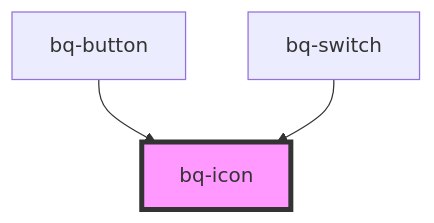
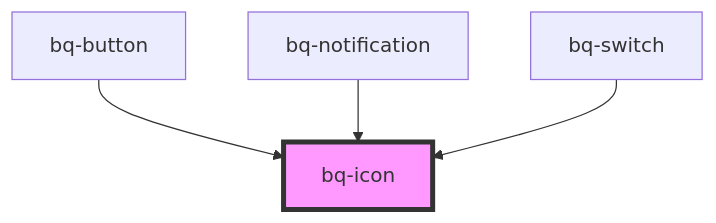
Before and after one commit to Endava/BEEQ: the diagram in packages/bee-q/src/components/icon/readme.md, drawn with Mermaid. The commit also changed other lines of this file and 4 other files, not shown here.

````diff
--- a/packages/bee-q/src/components/icon/readme.md
+++ b/packages/bee-q/src/components/icon/readme.md
@@ -43,6 +44,7 @@
 ```mermaid
 graph TD;
   bq-button --> bq-icon
+  bq-notification --> bq-icon
   bq-switch --> bq-icon
   style bq-icon fill:#f9f,stroke:#333,stroke-width:4px
 ```
````
